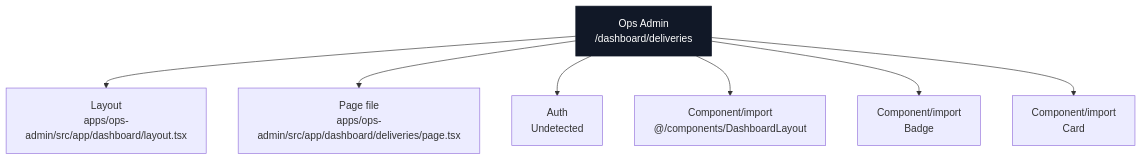
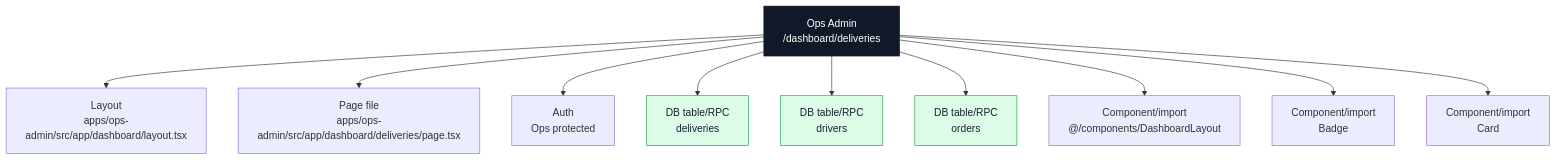
One commit to Ritenoob/ridendine-marketplace changed diagram 13 of 40 in docs/architecture/codebase-map/pages/ops-admin-pages.md. Above: the diagram before and after it, drawn with Mermaid. The commit also changed other lines of this file and 34 other files, not shown here.

````diff
--- a/docs/architecture/codebase-map/pages/ops-admin-pages.md
+++ b/docs/architecture/codebase-map/pages/ops-admin-pages.md
@@ -936,21 +942,28 @@
 ```mermaid
 flowchart TB
   Page["Ops Admin<br/>/dashboard/deliveries"]
   Layout["Layout<br/>apps/ops-admin/src/app/dashboard/layout.tsx"]
   File["Page file<br/>apps/ops-admin/src/app/dashboard/deliveries/page.tsx"]
-  Auth["Auth<br/>Undetected"]
+  Auth["Auth<br/>Ops protected"]
   Page --> Layout
   Page --> File
   Page --> Auth
+  Table0["DB table/RPC<br/>deliveries"]
+  Page --> Table0
+  Table1["DB table/RPC<br/>drivers"]
+  Page --> Table1
+  Table2["DB table/RPC<br/>orders"]
+  Page --> Table2
   Component0["Component/import<br/>@/components/DashboardLayout"]
   Page --> Component0
   Component1["Component/import<br/>Badge"]
   Page --> Component1
   Component2["Component/import<br/>Card"]
   Page --> Component2
   classDef page fill:#111827,stroke:#111827,color:#ffffff
   classDef data fill:#dcfce7,stroke:#16a34a,color:#172033
   classDef api fill:#dbeafe,stroke:#2563eb,color:#172033
   classDef warn fill:#fef3c7,stroke:#f59e0b,color:#172033
   class Page page
+  class Table0,Table1,Table2 data
 ```
````
